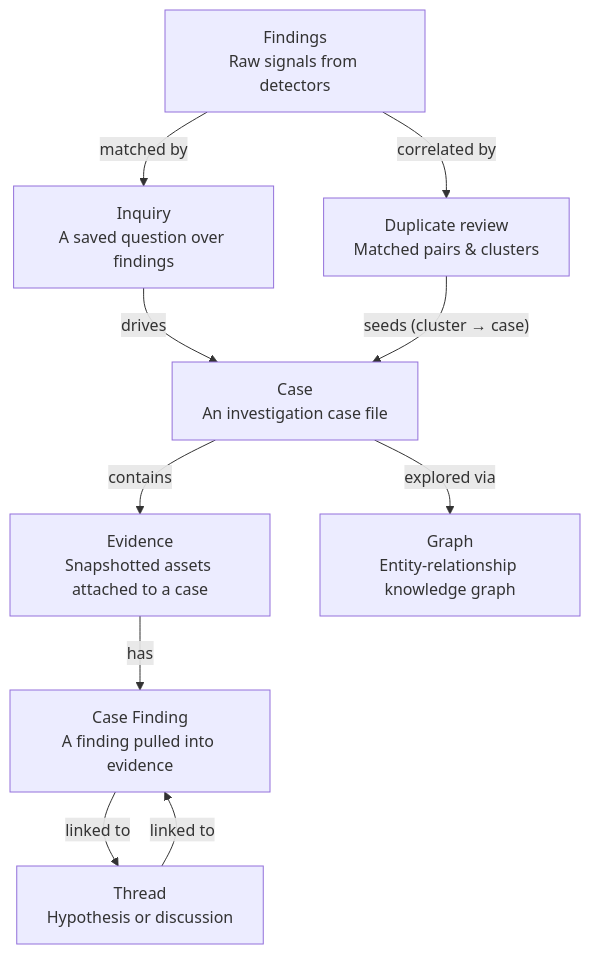
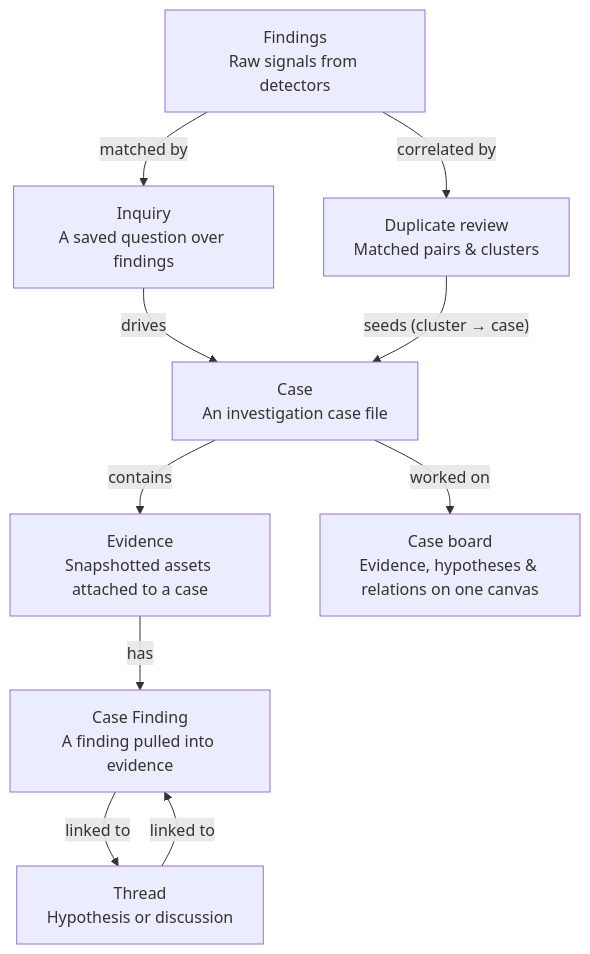
One commit to classifyre/classifyre changed the second of 3 diagrams in apps/docs/app/investigations/page.mdx. Above: the diagram before and after it, drawn with Mermaid. The commit also changed other lines of this file and 154 other files, not shown here.

````diff
--- a/apps/docs/app/investigations/page.mdx
+++ b/apps/docs/app/investigations/page.mdx
@@ -72,21 +72,21 @@
 ```mermaid
 graph TD
     Findings["Findings<br/>Raw signals from detectors"]
     Inquiry["Inquiry<br/>A saved question over findings"]
     FP["Duplicate review<br/>Matched pairs & clusters"]
     Case["Case<br/>An investigation case file"]
     Evidence["Evidence<br/>Snapshotted assets attached to a case"]
     CaseFinding["Case Finding<br/>A finding pulled into evidence"]
     Thread["Thread<br/>Hypothesis or discussion"]
-    Graph["Graph<br/>Entity-relationship knowledge graph"]
+    Board["Case board<br/>Evidence, hypotheses & relations on one canvas"]
 
     Findings -- "matched by" --> Inquiry
     Findings -- "correlated by" --> FP
     Inquiry -- "drives" --> Case
     FP -- "seeds (cluster → case)" --> Case
     Case -- "contains" --> Evidence
     Evidence -- "has" --> CaseFinding
     CaseFinding -- "linked to" --> Thread
-    Case -- "explored via" --> Graph
+    Case -- "worked on" --> Board
     Thread -- "linked to" --> CaseFinding
 ```
````
